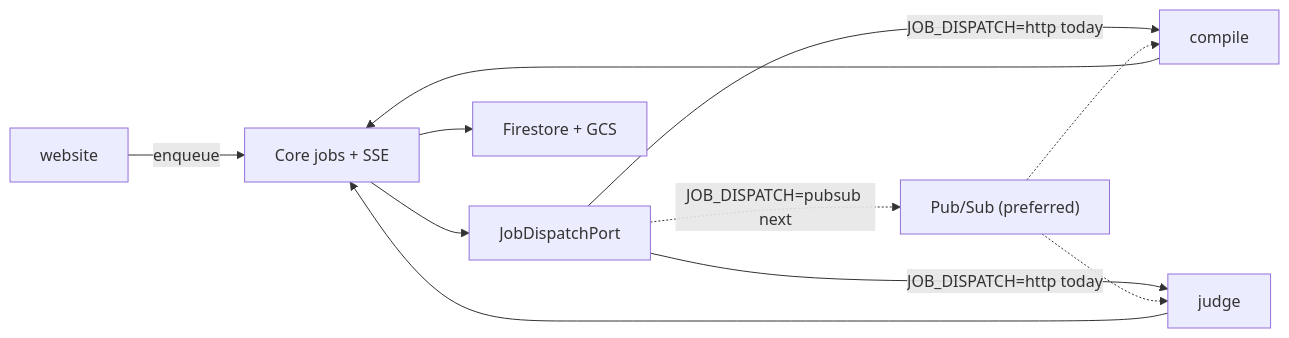
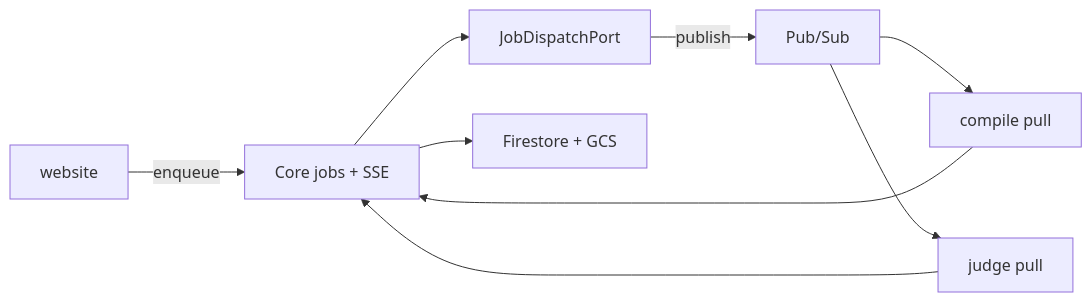
One commit to msoe-vex/engineering-notebook-editor changed the diagram in docs/02-architecture/async-jobs.md. Above: the diagram before and after it, drawn with Mermaid. The commit also changed other lines of this file and 69 other files, not shown here.

First line of the commit message:
Ship Pub/Sub-only jobs, public surfaces, and platform ports polish.

````diff
--- a/docs/02-architecture/async-jobs.md
+++ b/docs/02-architecture/async-jobs.md
@@ -16,21 +16,19 @@
 ```mermaid
 flowchart LR
   UI["website"]
   Core["Core jobs + SSE"]
   Disp["JobDispatchPort"]
-  Bus["Pub/Sub (preferred)"]
-  CW["compile"]
-  JW["judge"]
+  Bus["Pub/Sub"]
+  CW["compile pull"]
+  JW["judge pull"]
   Store["Firestore + GCS"]
 
   UI -->|enqueue| Core
   Core --> Disp
-  Disp -->|JOB_DISPATCH=http today| CW
-  Disp -->|JOB_DISPATCH=http today| JW
-  Disp -.->|JOB_DISPATCH=pubsub next| Bus
-  Bus -.-> CW
-  Bus -.-> JW
+  Disp -->|publish| Bus
+  Bus --> CW
+  Bus --> JW
   CW --> Core
   JW --> Core
   Core --> Store
 ```
````
